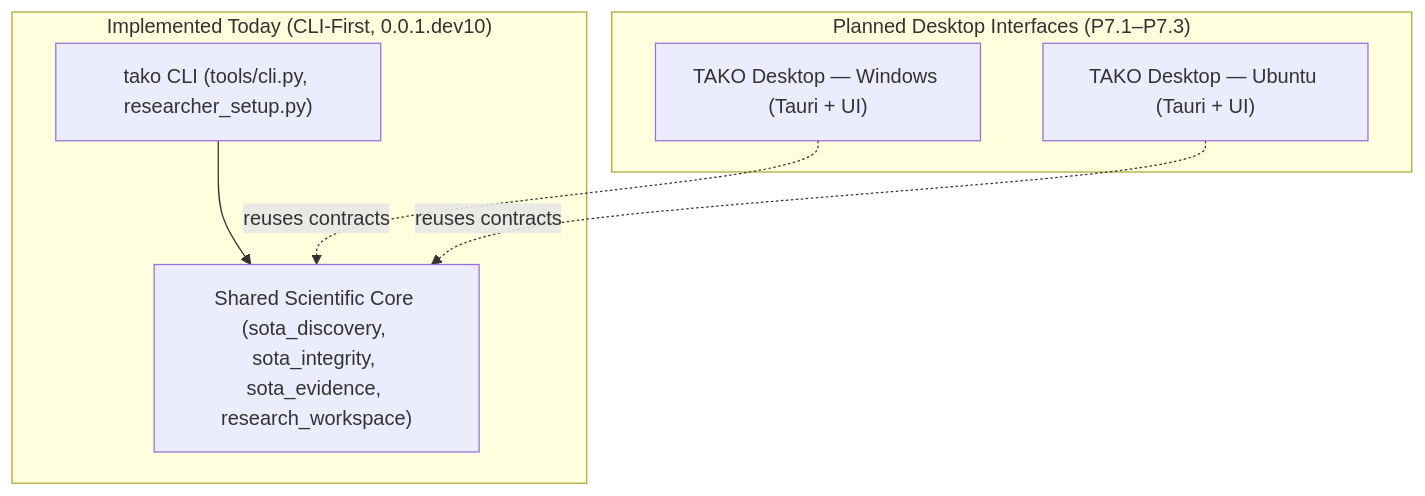
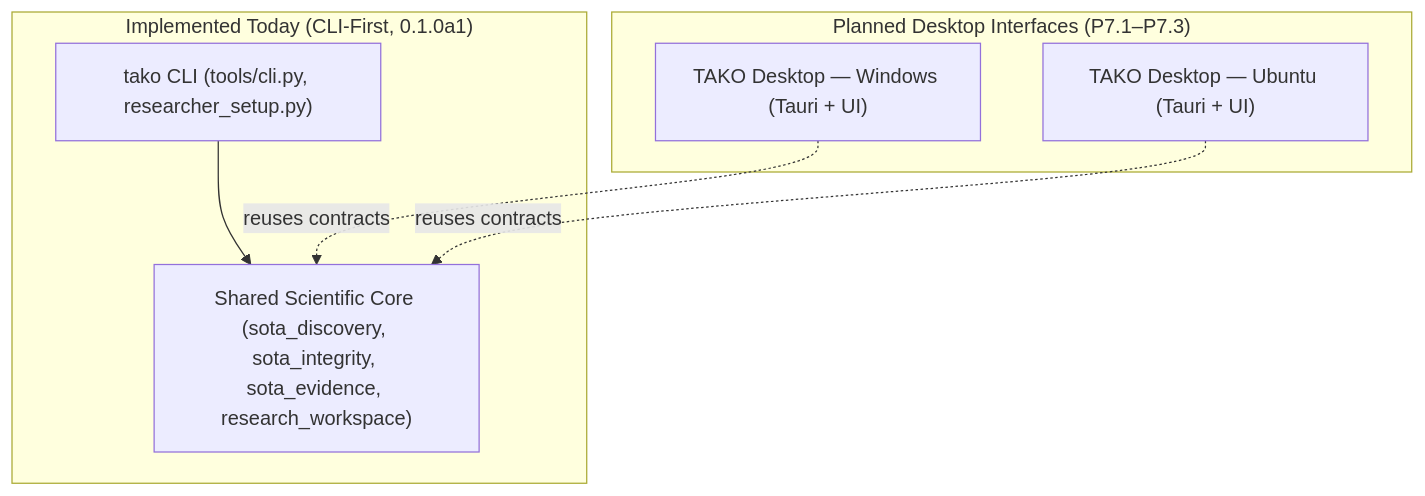
The fifth of 6 diagrams in docs/architecture/ARDE_ARCHITECTURE_DIAGRAMS.md (mmontielpz/tako), drawn with Mermaid before and after one commit. The commit also changed 14 other files, not shown here.

````diff
--- a/docs/architecture/ARDE_ARCHITECTURE_DIAGRAMS.md
+++ b/docs/architecture/ARDE_ARCHITECTURE_DIAGRAMS.md
@@ -47,14 +47,14 @@
 ```mermaid
 flowchart TB
-  subgraph Implemented["Implemented Today (CLI-First, 0.0.1.dev10)"]
+  subgraph Implemented["Implemented Today (CLI-First, 0.1.0a1)"]
     CLI["tako CLI (tools/cli.py, researcher_setup.py)"]
     Core["Shared Scientific Core (sota_discovery, sota_integrity, sota_evidence, research_workspace)"]
     CLI --> Core
   end
   subgraph Planned["Planned Desktop Interfaces (P7.1–P7.3)"]
     WinUI["TAKO Desktop — Windows (Tauri + UI)"]
     UbuUI["TAKO Desktop — Ubuntu (Tauri + UI)"]
     WinUI -. reuses contracts .-> Core
     UbuUI -. reuses contracts .-> Core
   end
 ```
````
